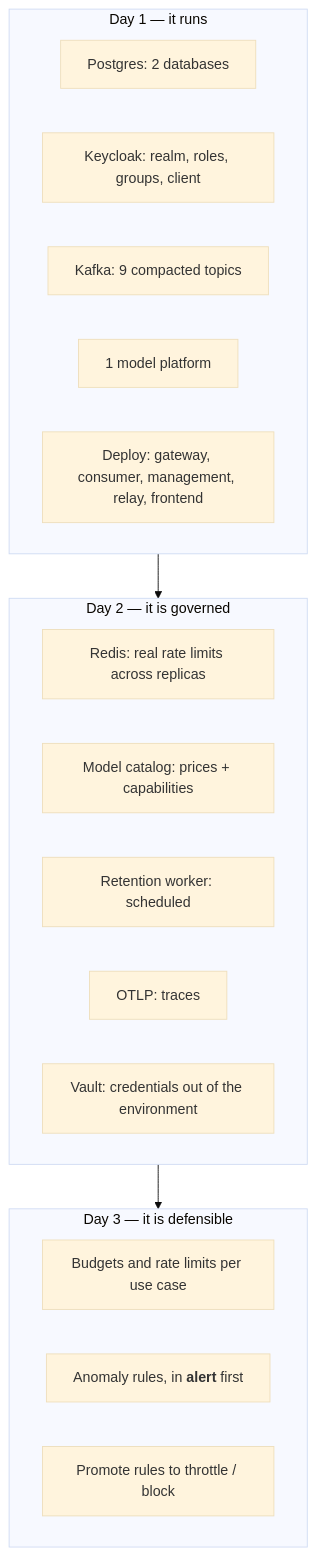
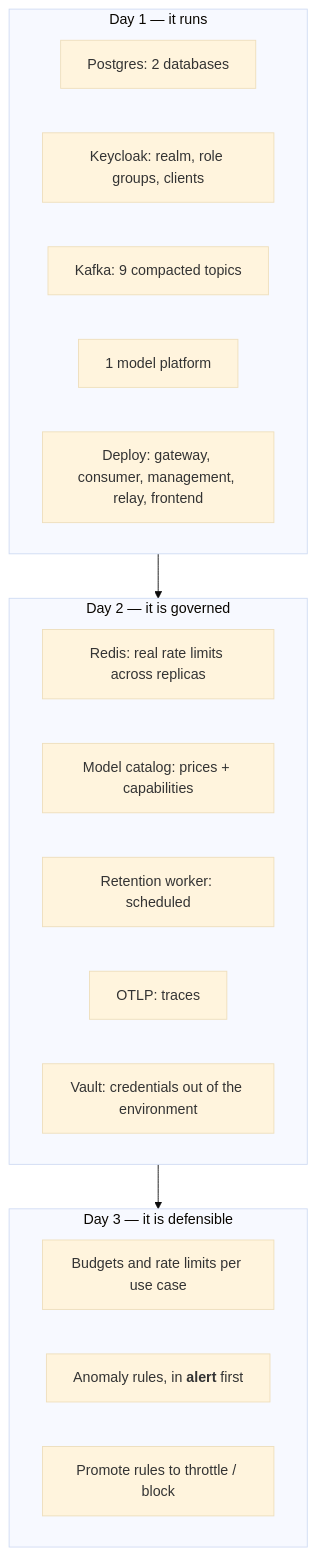
The second of 2 diagrams in docs/INTEGRATIONS.md (InigoImago/AIRA-Gateway), drawn with Mermaid (base theme) before and after one commit. The commit also changed other lines of this file and 179 other files, not shown here.

````diff
--- a/docs/INTEGRATIONS.md
+++ b/docs/INTEGRATIONS.md
@@ -1510,23 +1861,23 @@
 ```mermaid
 graph TB
     subgraph day1["Day 1 — it runs"]
         a1["Postgres: 2 databases"]
-        a2["Keycloak: realm, roles, groups, client"]
+        a2["Keycloak: realm, role groups, clients"]
         a3["Kafka: 9 compacted topics"]
         a4["1 model platform"]
         a5["Deploy: gateway, consumer, management, relay, frontend"]
     end
     subgraph day2["Day 2 — it is governed"]
         b1["Redis: real rate limits across replicas"]
         b2["Model catalog: prices + capabilities"]
         b3["Retention worker: scheduled"]
         b4["OTLP: traces"]
         b5["Vault: credentials out of the environment"]
     end
     subgraph day3["Day 3 — it is defensible"]
         c1["Budgets and rate limits per use case"]
         c2["Anomaly rules, in <b>alert</b> first"]
         c4["Promote rules to throttle / block"]
     end
     day1 --> day2 --> day3
 ```
````
